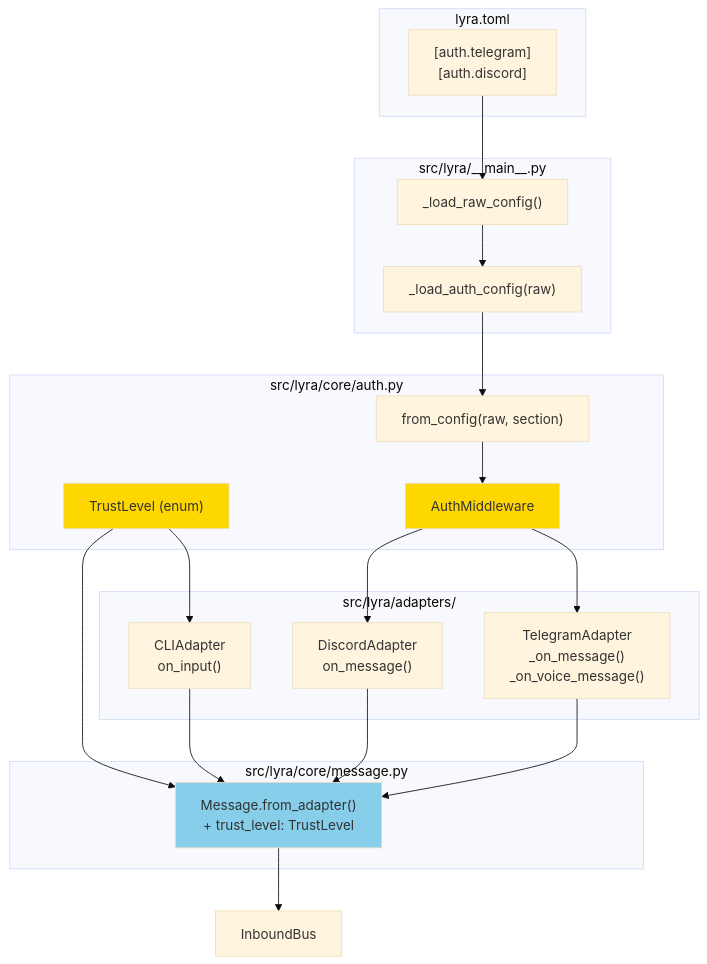
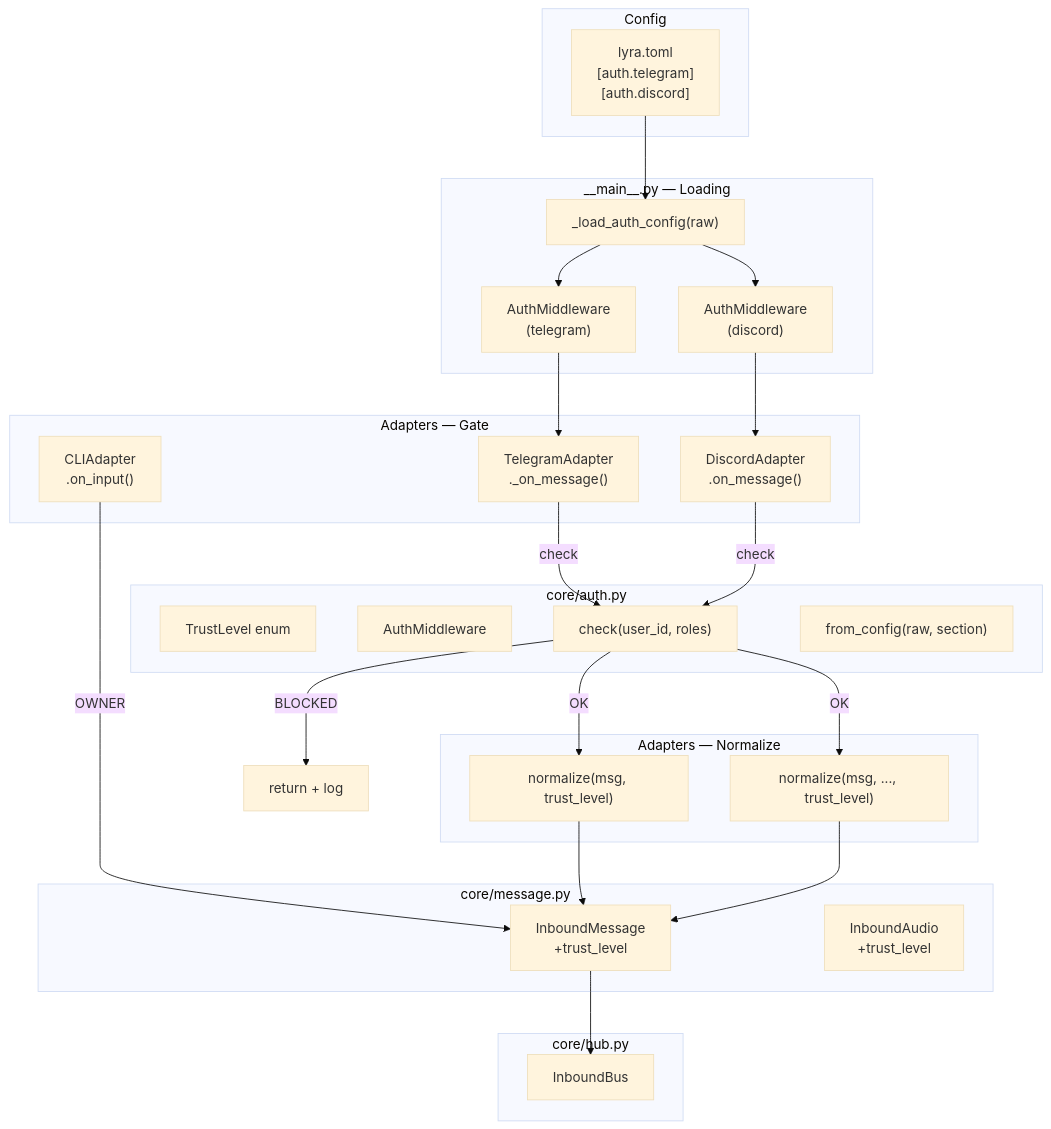
The first of 2 diagrams in artifacts/plans/151-auth-middleware-trust-level-plan.mdx (Roxabi/lyra), drawn with Mermaid (base theme) before and after one commit. The commit also changed other lines of this file, not shown here.

First line of the commit message:
docs(plan): plan for #151 — AuthMiddleware + TrustLevel per adapter

````diff
--- a/artifacts/plans/151-auth-middleware-trust-level-plan.mdx
+++ b/artifacts/plans/151-auth-middleware-trust-level-plan.mdx
@@ -16,38 +18,54 @@
 ```mermaid
 flowchart TD
-    subgraph lyra_toml["lyra.toml"]
-        CFG["[auth.telegram]\n[auth.discord]"]
-    end
-    subgraph main["src/lyra/__main__.py"]
-        LRC["_load_raw_config()"]
-        LAC["_load_auth_config(raw)"]
-    end
-    subgraph auth["src/lyra/core/auth.py"]
-        TL["TrustLevel (enum)"]
-        AM["AuthMiddleware"]
-        FC["from_config(raw, section)"]
-    end
-    subgraph message["src/lyra/core/message.py"]
-        MSG["Message.from_adapter()\n+ trust_level: TrustLevel"]
-    end
-    subgraph adapters["src/lyra/adapters/"]
-        TG["TelegramAdapter\n_on_message()\n_on_voice_message()"]
-        DC["DiscordAdapter\non_message()"]
-        CLI["CLIAdapter\non_input()"]
+    subgraph "Config"
+        TOML["lyra.toml\n[auth.telegram]\n[auth.discord]"]
     end
 
-    CFG --> LRC --> LAC
-    LAC --> FC --> AM
-    AM --> TG
-    AM --> DC
-    TL --> CLI
-    TL --> MSG
-    TG --> MSG
-    DC --> MSG
-    CLI --> MSG
-    MSG --> BUS["InboundBus"]
+    subgraph "__main__.py — Loading"
+        LOAD["_load_auth_config(raw)"]
+        TG_AUTH["AuthMiddleware\n(telegram)"]
+        DC_AUTH["AuthMiddleware\n(discord)"]
+    end
 
-    style TL fill:#ffd700
-    style AM fill:#ffd700
-    style MSG fill:#87ceeb
+    subgraph "core/auth.py"
+        TL["TrustLevel enum"]
+        AM["AuthMiddleware"]
+        CHECK["check(user_id, roles)"]
+        FROM_CFG["from_config(raw, section)"]
+    end
+
+    subgraph "Adapters — Gate"
+        TG["TelegramAdapter\n._on_message()"]
+        DC["DiscordAdapter\n.on_message()"]
+        CLI["CLIAdapter\n.on_input()"]
+    end
+
+    subgraph "Adapters — Normalize"
+        NORM_TG["normalize(msg, trust_level)"]
+        NORM_DC["normalize(msg, ..., trust_level)"]
+    end
+
+    subgraph "core/message.py"
+        IM["InboundMessage\n+trust_level"]
+        IA["InboundAudio\n+trust_level"]
+    end
+
+    subgraph "core/hub.py"
+        BUS["InboundBus"]
+    end
+
+    TOML --> LOAD
+    LOAD --> TG_AUTH
+    LOAD --> DC_AUTH
+    TG_AUTH --> TG
+    DC_AUTH --> DC
+    TG -->|check| CHECK
+    DC -->|check| CHECK
+    CHECK -->|BLOCKED| REJECT["return + log"]
+    CHECK -->|OK| NORM_TG
+    CHECK -->|OK| NORM_DC
+    CLI -->|OWNER| IM
+    NORM_TG --> IM
+    NORM_DC --> IM
+    IM --> BUS
 ```
````
